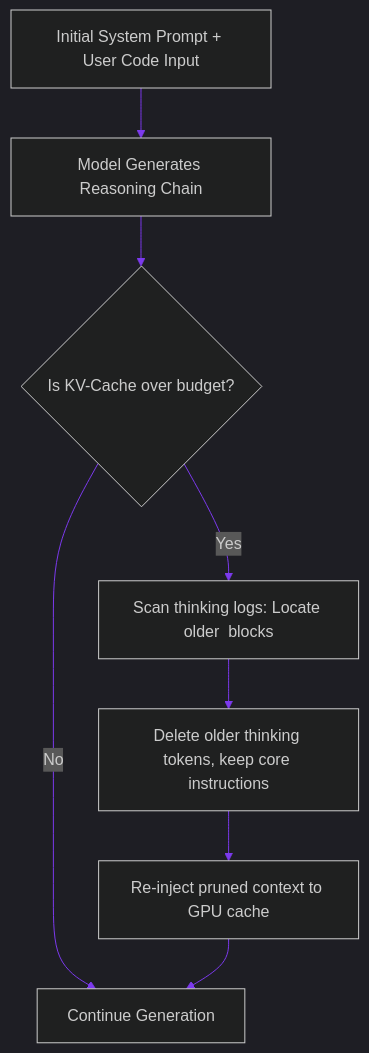
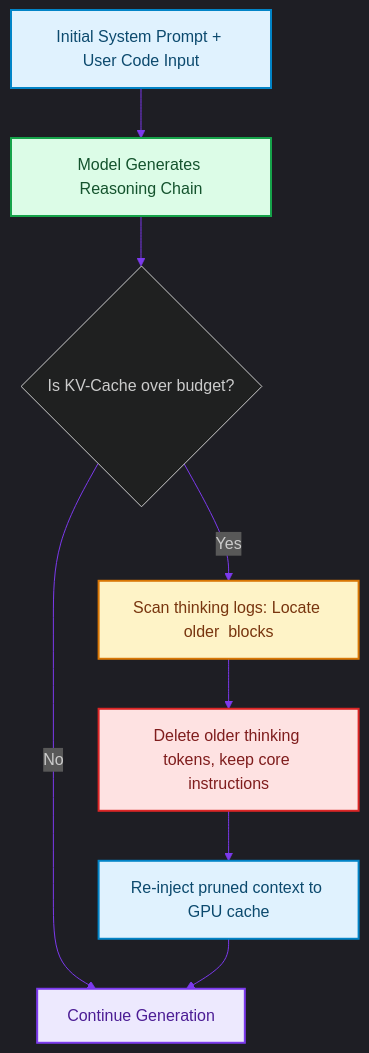
One commit to akmalkhaniub/akmalkhaniub.github.io changed the diagram in blog/posts/edge-llm-kv-cache-token-dropping-reflection.md. Above: the diagram before and after it, drawn with Mermaid. The commit also changed other lines of this file and 1291 other files, not shown here.

First line of the commit message:
feat(catalog): unique covers, scholarly references, and diagram palettes

````diff
--- a/blog/posts/edge-llm-kv-cache-token-dropping-reflection.md
+++ b/blog/posts/edge-llm-kv-cache-token-dropping-reflection.md
@@ -24,13 +24,24 @@
 ```mermaid
 %%{init: {'theme': 'dark', 'themeVariables': { 'primaryColor': '#7c3aed', 'primaryTextColor': '#f3f4f6', 'primaryBorderColor': '#a78bfa', 'lineColor': '#7c3aed', 'secondaryColor': '#111827', 'tertiaryColor': '#0b0f19'}}}%%
 flowchart TD
-    Prompt[Initial System Prompt + User Code Input] --> Gen[Model Generates Reasoning Chain]
+    Prompt["Initial System Prompt + User Code Input"] --> Gen["Model Generates Reasoning Chain"]
     Gen --> Check{Is KV-Cache over budget?}
     
-    Check -->|No| Continue[Continue Generation]
-    Check -->|Yes| Prune[Scan thinking logs: Locate older <think> blocks]
+    Check -->|No| Continue["Continue Generation"]
+    Check -->|Yes| Prune["Scan thinking logs: Locate older <think> blocks"]
     
-    Prune --> Delete[Delete older thinking tokens, keep core instructions]
-    Delete --> Refresh[Re-inject pruned context to GPU cache]
+    Prune --> Delete["Delete older thinking tokens, keep core instructions"]
+    Delete --> Refresh["Re-inject pruned context to GPU cache"]
     Refresh --> Continue
+
+classDef green fill:#dcfce7,stroke:#16a34a,stroke-width:2px,color:#14532d;
+classDef red fill:#fee2e2,stroke:#dc2626,stroke-width:2px,color:#7f1d1d;
+classDef blue fill:#e0f2fe,stroke:#0284c7,stroke-width:2px,color:#0c4a6e;
+classDef yellow fill:#fef3c7,stroke:#d97706,stroke-width:2px,color:#78350f;
+classDef purple fill:#ede9fe,stroke:#7c3aed,stroke-width:2px,color:#4c1d95;
+class Prompt,Refresh blue
+class Gen green
+class Continue purple
+class Prune yellow
+class Delete red
 ```
````
